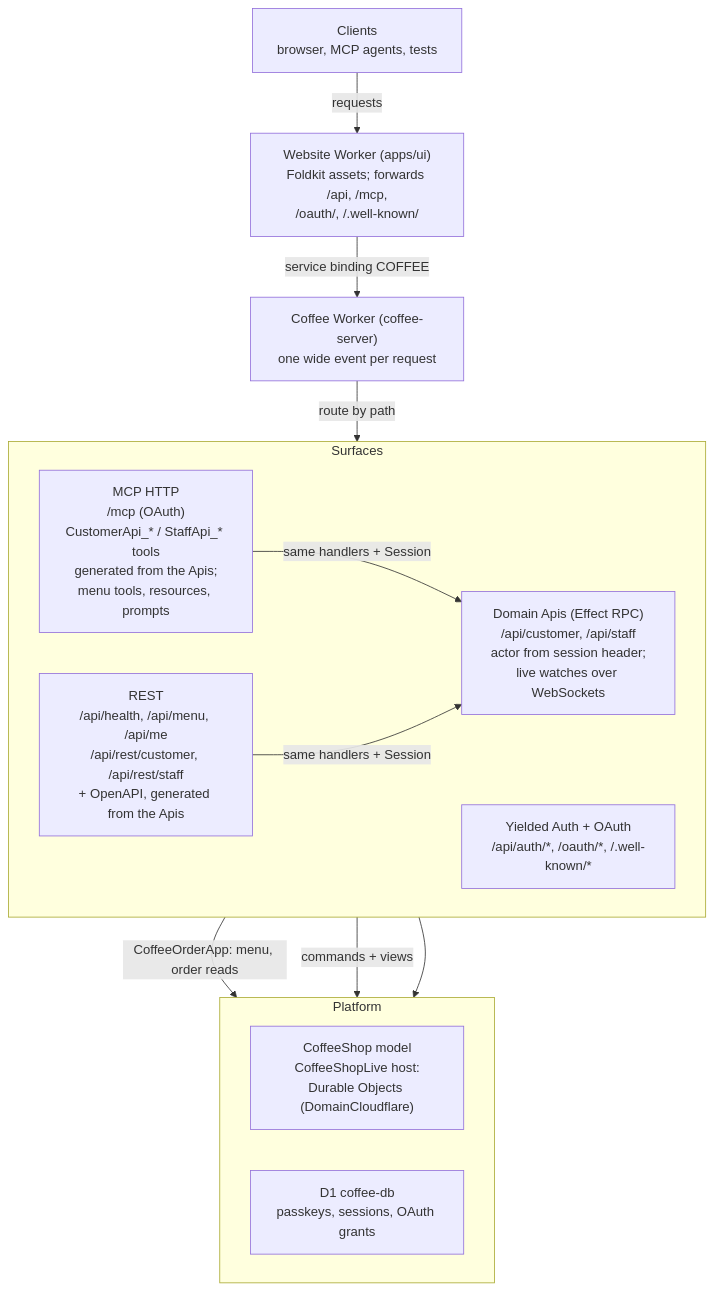
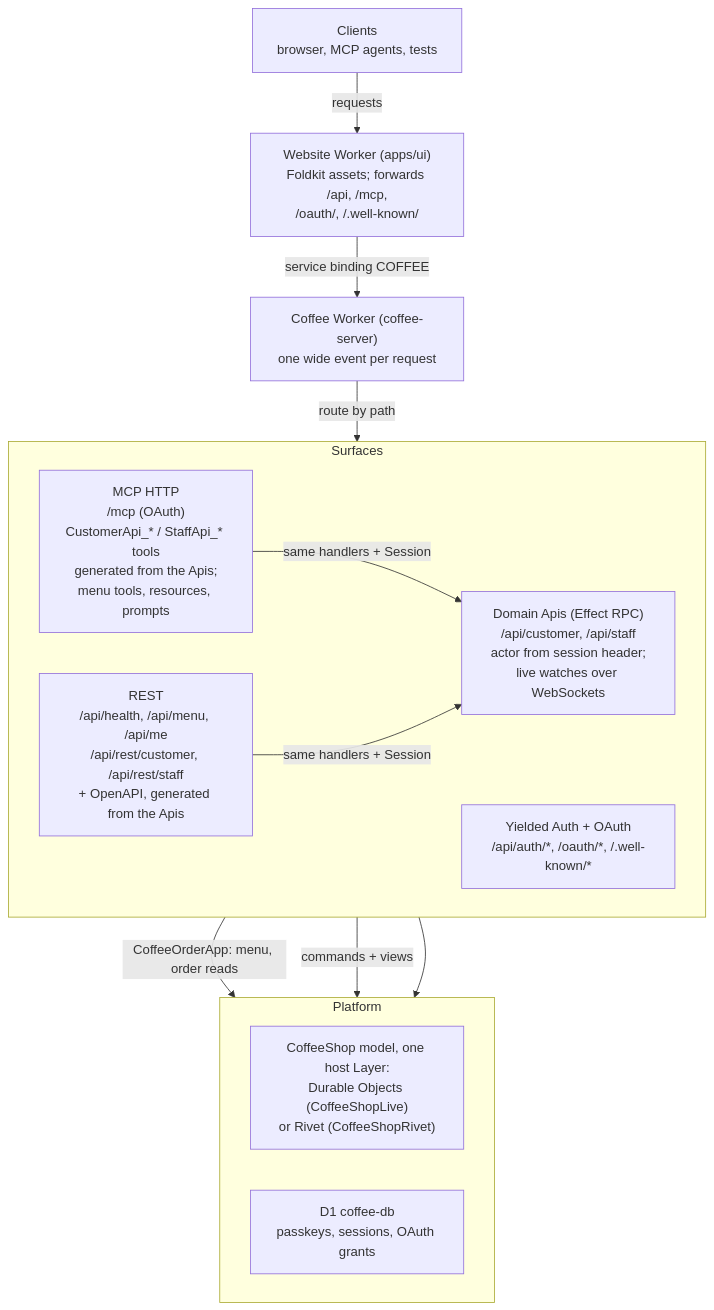
The diagram in docs/architecture/backend-runtime-surfaces.mmd (kevinmichaelchen/effect-coffee-shop), drawn with Mermaid before and after one commit. The commit also changed 20 other files, not shown here.

First line of the commit message:
feat: host the coffee shop model on Rivet as well as Cloudflare (#159)

```diff
--- a/docs/architecture/backend-runtime-surfaces.mmd
+++ b/docs/architecture/backend-runtime-surfaces.mmd
@@ -1,24 +1,24 @@
 flowchart TB
   Clients["Clients<br/>browser, MCP agents, tests"]
   Website["Website Worker (apps/ui)<br/>Foldkit assets; forwards /api, /mcp,<br/>/oauth/, /.well-known/"]
   Coffee["Coffee Worker (coffee-server)<br/>one wide event per request"]
   subgraph Surfaces["Surfaces"]
     direction LR
     Mcp["MCP HTTP<br/>/mcp (OAuth)<br/>CustomerApi_* / StaffApi_* tools<br/>generated from the Apis;<br/>menu tools, resources, prompts"]
     Rest["REST<br/>/api/health, /api/menu, /api/me<br/>/api/rest/customer, /api/rest/staff<br/>+ OpenAPI, generated from the Apis"]
     Apis["Domain Apis (Effect RPC)<br/>/api/customer, /api/staff<br/>actor from session header;<br/>live watches over WebSockets"]
     Auth["Yielded Auth + OAuth<br/>/api/auth/*, /oauth/*, /.well-known/*"]
   end
   subgraph Platform["Platform"]
     direction LR
-    Model["CoffeeShop model<br/>CoffeeShopLive host:<br/>Durable Objects (DomainCloudflare)"]
+    Model["CoffeeShop model, one host Layer:<br/>Durable Objects (CoffeeShopLive)<br/>or Rivet (CoffeeShopRivet)"]
     D1["D1 coffee-db<br/>passkeys, sessions, OAuth grants"]
   end
   Clients -->|requests| Website
   Website -->|service binding COFFEE| Coffee
   Coffee -->|route by path| Surfaces
   Mcp -->|same handlers + Session| Apis
   Rest -->|same handlers + Session| Apis
   Mcp -->|CoffeeOrderApp: menu, order reads| Model
   Apis -->|commands + views| Model
   Auth --> D1
```
